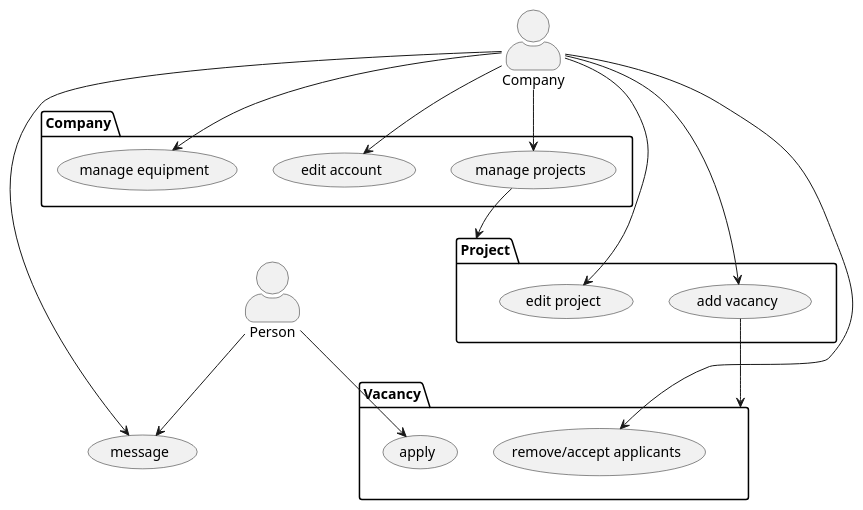
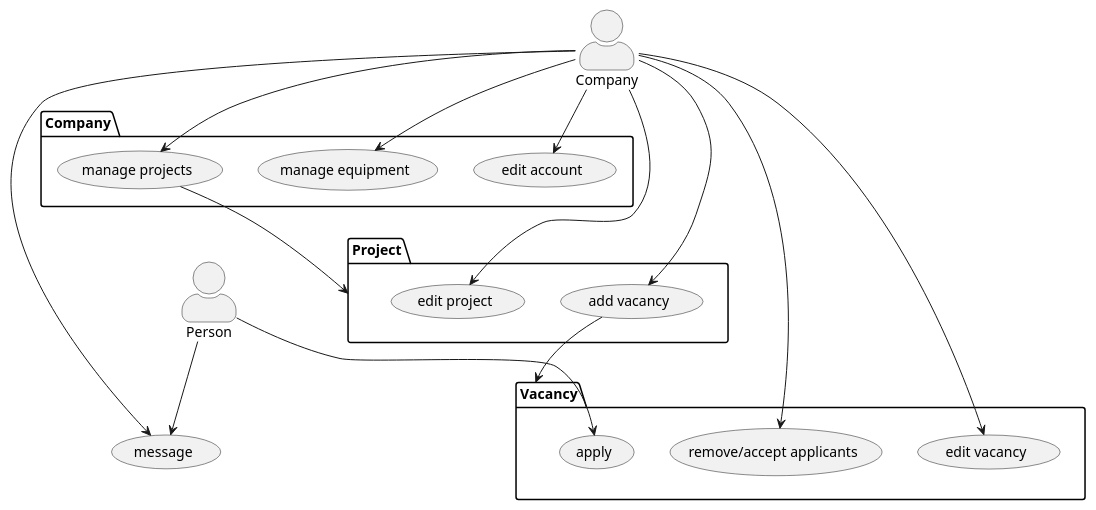
One commit to DirectorsView/documentation changed the second of 2 diagrams in ucd/ucd.puml. Above: the diagram before and after it, drawn with PlantUML.

Commit message:
#11 add case "edit vacancy"

```diff
--- a/ucd/ucd.puml
+++ b/ucd/ucd.puml
@@ -9,30 +9,33 @@
 @startuml
 skinparam actorStyle awesome
 actor Company as u
 actor Person as u2
 package Company {
   usecase "manage equipment" as uc1
   usecase "manage projects" as uc2
   usecase "edit account" as uc3
 }
 package Project as p{
   usecase "edit project" as uc4
   usecase "add vacancy" as uc5
 }
 package Vacancy as v{
   usecase "apply" as uc6
   usecase "remove/accept applicants" as uc7
+  usecase "edit vacancy" as uc8
 }
+
 u --> uc1
 u --> uc2
 u --> uc3
 u --> uc4
 u --> uc5
 u2 --> uc6
 u --> uc7
+u --> uc8
 uc2 --> p
 uc5 --> v
 
 u --> (message)
 u2 --> (message)
 @enduml
```
